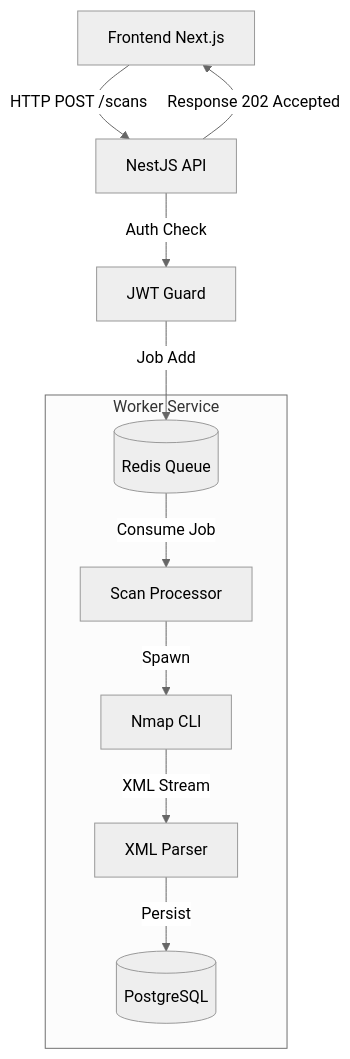
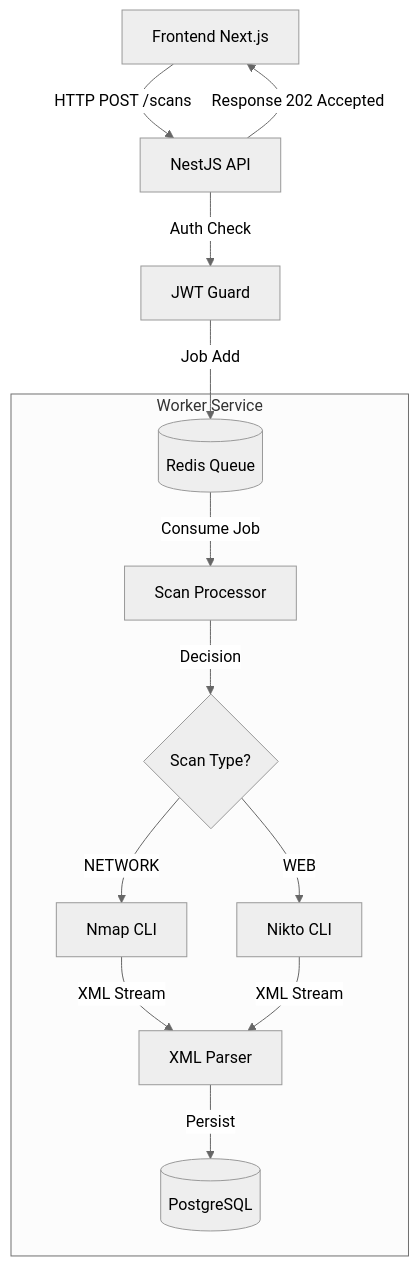
Before and after one commit to joaooapolinario/vuln-scanner-dashboard: the diagram in README.md, drawn with Mermaid (neutral theme). The commit also changed other lines of this file and 11 other files, not shown here.

````diff
--- a/README.md
+++ b/README.md
@@ -47,14 +47,17 @@
 ```mermaid
 graph TD
     Client[Frontend Next.js] -->|HTTP POST /scans| API[NestJS API]
     API -->|Auth Check| IAM[JWT Guard]
     IAM -->|Job Add| Redis[(Redis Queue)]
     API -->|Response 202 Accepted| Client
     
     subgraph Worker Service
         Redis -->|Consume Job| Processor[Scan Processor]
-        Processor -->|Spawn| Nmap[Nmap CLI]
+        Processor -->|Decision| Type{Scan Type?}
+        Type -->|NETWORK| Nmap[Nmap CLI]
+        Type -->|WEB| Nikto[Nikto CLI]
         Nmap -->|XML Stream| Parser[XML Parser]
+        Nikto -->|XML Stream| Parser
         Parser -->|Persist| DB[(PostgreSQL)]
     end
 ```
````
